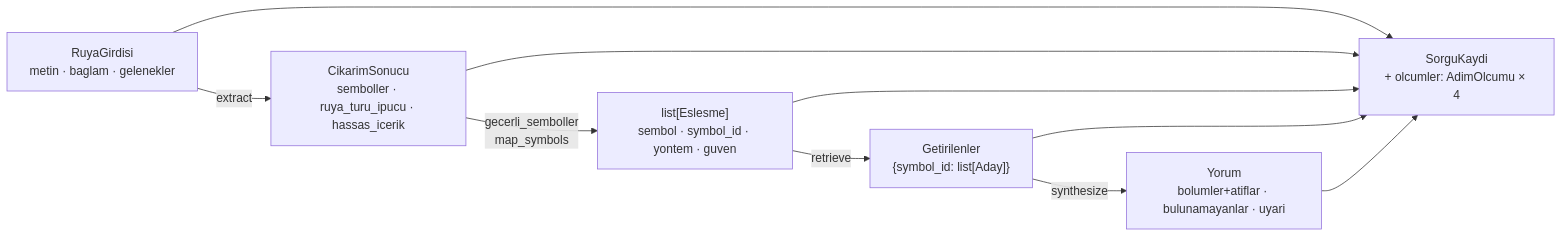
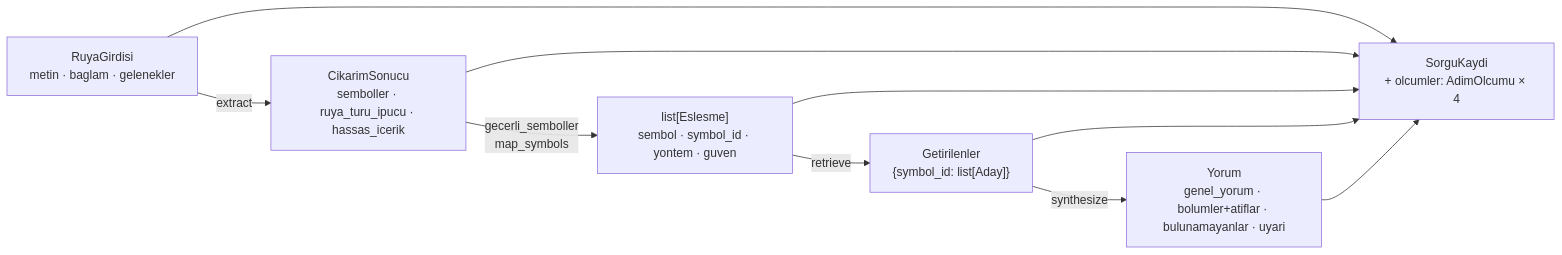
One commit to OgzhnTarhn/ruya-tabirnamesi changed the second of 3 diagrams in docs/12-kod-yapisi-ve-sozlesmeler.md. Above: the diagram before and after it, drawn with Mermaid. The commit also changed other lines of this file and 5 other files, not shown here.

Commit message:
Genel yorum alanını ve sentez talimatı v4'ü belgele

````diff
--- a/docs/12-kod-yapisi-ve-sozlesmeler.md
+++ b/docs/12-kod-yapisi-ve-sozlesmeler.md
@@ -131,8 +131,8 @@
 ```mermaid
 flowchart LR
     RG[RuyaGirdisi<br/>metin · baglam · gelenekler] -->|extract| CS[CikarimSonucu<br/>semboller · ruya_turu_ipucu · hassas_icerik]
     CS -->|gecerli_semboller<br/>map_symbols| E["list[Eslesme]<br/>sembol · symbol_id · yontem · guven"]
     E -->|retrieve| G["Getirilenler<br/>{symbol_id: list[Aday]}"]
-    G -->|synthesize| Y[Yorum<br/>bolumler+atiflar · bulunamayanlar · uyari]
+    G -->|synthesize| Y[Yorum<br/>genel_yorum · bolumler+atiflar · bulunamayanlar · uyari]
     RG & CS & E & G & Y --> SK[SorguKaydi<br/>+ olcumler: AdimOlcumu × 4]
 ```
````
